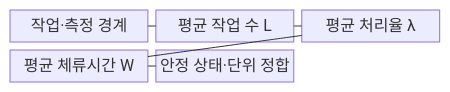
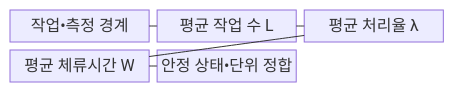
One commit to agnusdei1207/knowledge-base changed the first of 2 diagrams in src/content/docs/notes/06-evaluation/004_littles_law.md. Above: the diagram before and after it, drawn with Mermaid. The commit also changed other lines of this file and 953 other files, not shown here.

````diff
--- a/src/content/docs/notes/06-evaluation/004_littles_law.md
+++ b/src/content/docs/notes/06-evaluation/004_littles_law.md
@@ -69,13 +69,13 @@
 ```mermaid
 block-beta
   columns 3
-  B["작업·측정 경계"]
+  B["작업•측정 경계"]
   L["평균 작업 수 L"]
   T["평균 처리율 λ"]
   W["평균 체류시간 W"]
-  A["안정 상태·단위 정합"]
+  A["안정 상태•단위 정합"]
   B --- L
   L --- T
   T --- W
   W --- A
 ```
````
